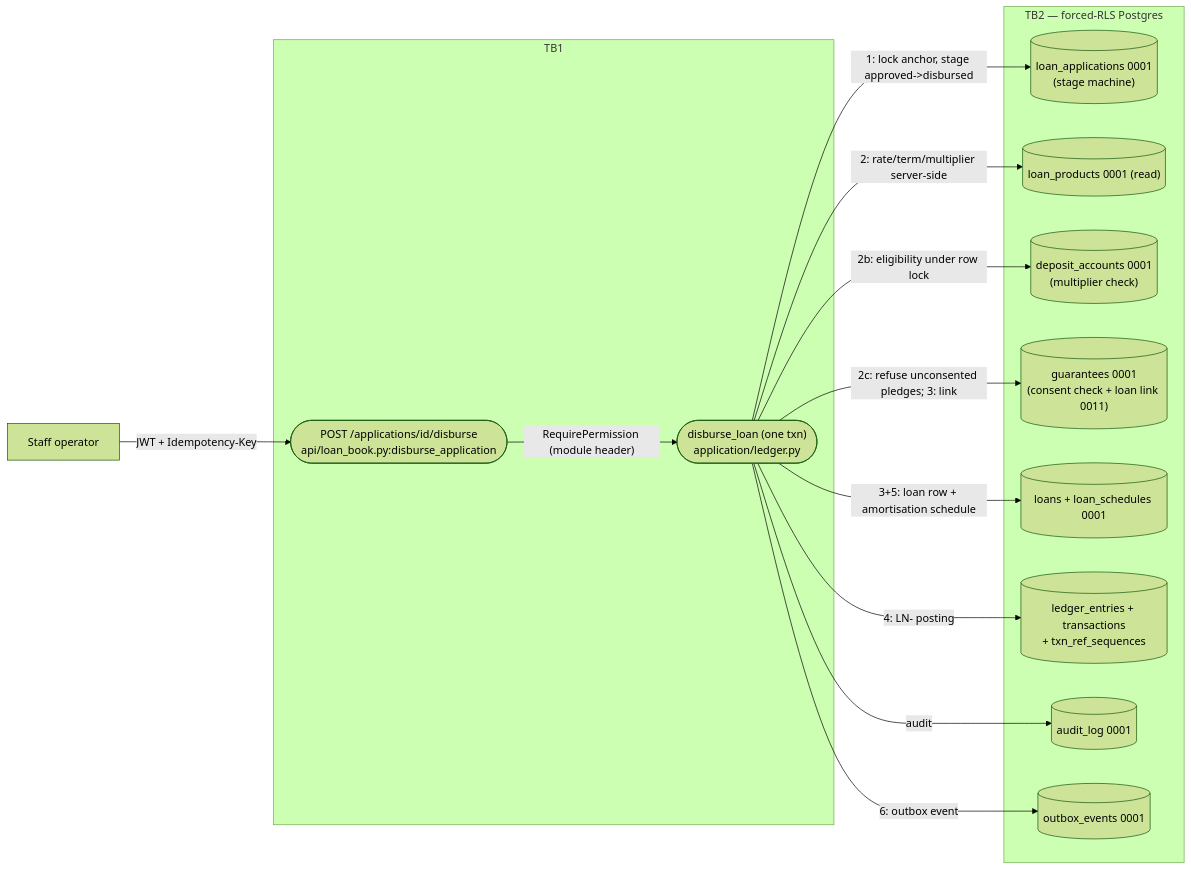
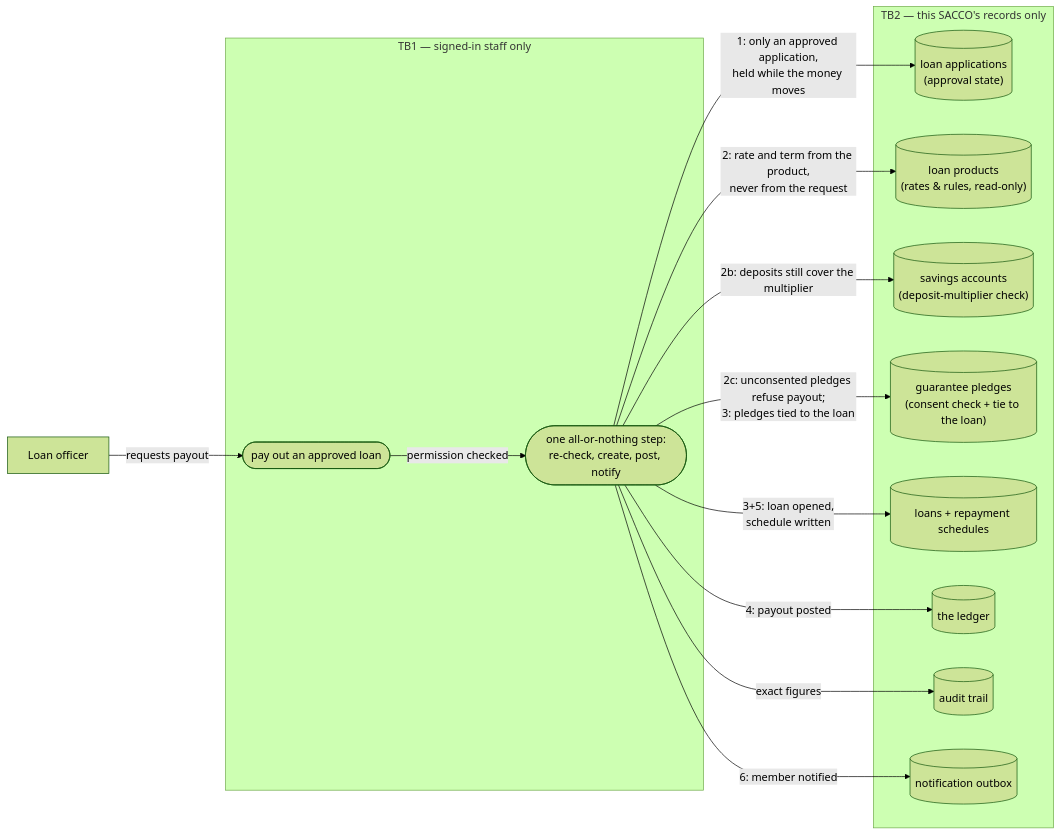
The third of 15 diagrams in docs/diagrams/dfd.md (Benson-Kim/genesis-sacco), drawn with Mermaid (forest theme) before and after one commit. The commit also changed other lines of this file, not shown here.

First line of the commit message:
docs(diagrams): DFD redrawn business-legible; P13.15/P13.16 flipped as-built; F10-F14 added

````diff
--- a/docs/diagrams/dfd.md
+++ b/docs/diagrams/dfd.md
@@ -153,30 +203,30 @@
 ```mermaid
 flowchart LR
-    %% P-DIAG.3 F2 — authored against main @ 08541b860f1445b16c342c39b6606d86b9dbeb17
-    DSB_E1["Staff operator"]
-    subgraph TB1["TB1"]
-        DSB_P1(["POST /applications/id/disburse<br/>api/loan_book.py:disburse_application"])
-        DSB_P2(["disburse_loan (one txn)<br/>application/ledger.py"])
+    %% P-DIAG.3 F2 — reconciled to main @ 8f46aa54250ff1a066af423924f3eb54a9c72fb7
+    DSB_E1["Loan officer"]
+    subgraph TB1["TB1 — signed-in staff only"]
+        DSB_P1(["pay out an approved loan"])
+        DSB_P2(["one all-or-nothing step:<br/>re-check, create, post, notify"])
     end
-    subgraph TB2["TB2 — forced-RLS Postgres"]
-        DSB_S1[("loan_applications 0001<br/>(stage machine)")]
-        DSB_S2[("loan_products 0001 (read)")]
-        DSB_S3[("deposit_accounts 0001<br/>(multiplier check)")]
-        DSB_S4[("guarantees 0001<br/>(consent check + loan link 0011)")]
-        DSB_S5[("loans + loan_schedules 0001")]
-        DSB_S6[("ledger_entries + transactions<br/>+ txn_ref_sequences")]
-        DSB_S7[("audit_log 0001")]
-        DSB_S8[("outbox_events 0001")]
+    subgraph TB2["TB2 — this SACCO's records only"]
+        DSB_S1[("loan applications<br/>(approval state)")]
+        DSB_S2[("loan products<br/>(rates & rules, read-only)")]
+        DSB_S3[("savings accounts<br/>(deposit-multiplier check)")]
+        DSB_S4[("guarantee pledges<br/>(consent check + tie to the loan)")]
+        DSB_S5[("loans + repayment schedules")]
+        DSB_S6[("the ledger")]
+        DSB_S7[("audit trail")]
+        DSB_S8[("notification outbox")]
     end
 
-    DSB_E1 -->|"JWT + Idempotency-Key"| DSB_P1
-    DSB_P1 -->|"RequirePermission (module header)"| DSB_P2
-    DSB_P2 -->|"1: lock anchor, stage approved->disbursed"| DSB_S1
-    DSB_P2 -->|"2: rate/term/multiplier server-side"| DSB_S2
-    DSB_P2 -->|"2b: eligibility under row lock"| DSB_S3
-    DSB_P2 -->|"2c: refuse unconsented pledges; 3: link"| DSB_S4
-    DSB_P2 -->|"3+5: loan row + amortisation schedule"| DSB_S5
-    DSB_P2 -->|"4: LN- posting"| DSB_S6
-    DSB_P2 -->|"audit"| DSB_S7
-    DSB_P2 -->|"6: outbox event"| DSB_S8
+    DSB_E1 -->|"requests payout"| DSB_P1
+    DSB_P1 -->|"permission checked"| DSB_P2
+    DSB_P2 -->|"1: only an approved application,<br/>held while the money moves"| DSB_S1
+    DSB_P2 -->|"2: rate and term from the product,<br/>never from the request"| DSB_S2
+    DSB_P2 -->|"2b: deposits still cover the multiplier"| DSB_S3
+    DSB_P2 -->|"2c: unconsented pledges refuse payout;<br/>3: pledges tied to the loan"| DSB_S4
+    DSB_P2 -->|"3+5: loan opened,<br/>schedule written"| DSB_S5
+    DSB_P2 -->|"4: payout posted"| DSB_S6
+    DSB_P2 -->|"exact figures"| DSB_S7
+    DSB_P2 -->|"6: member notified"| DSB_S8
 ```
````
